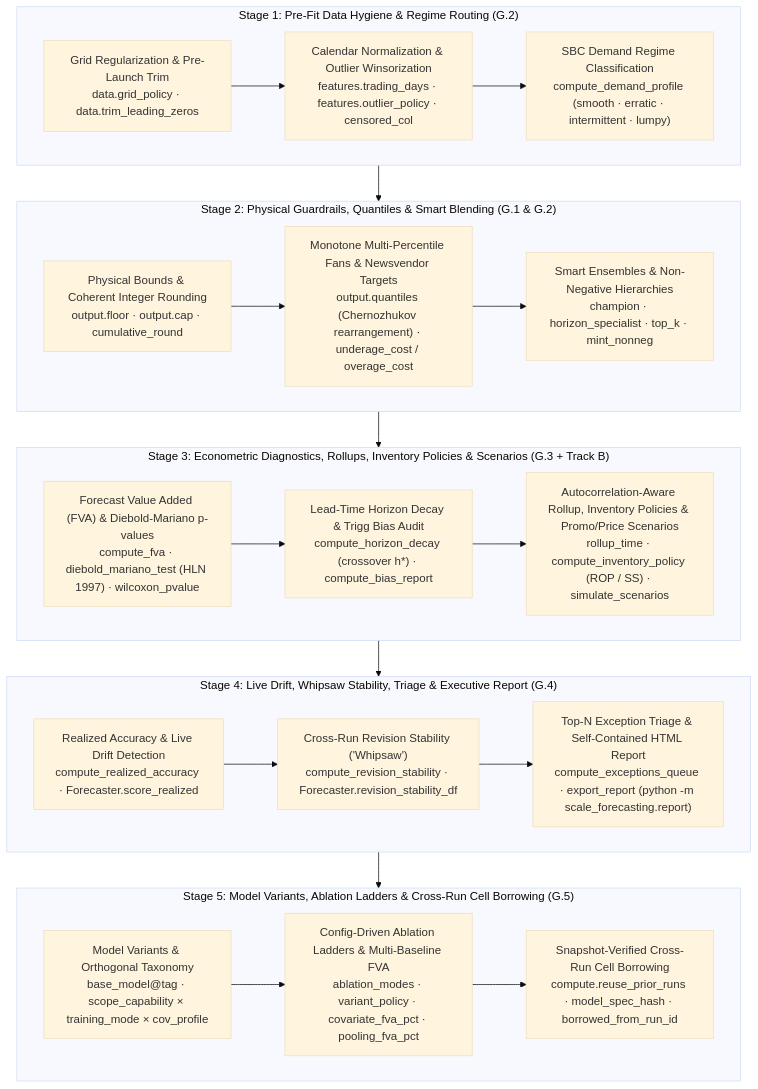
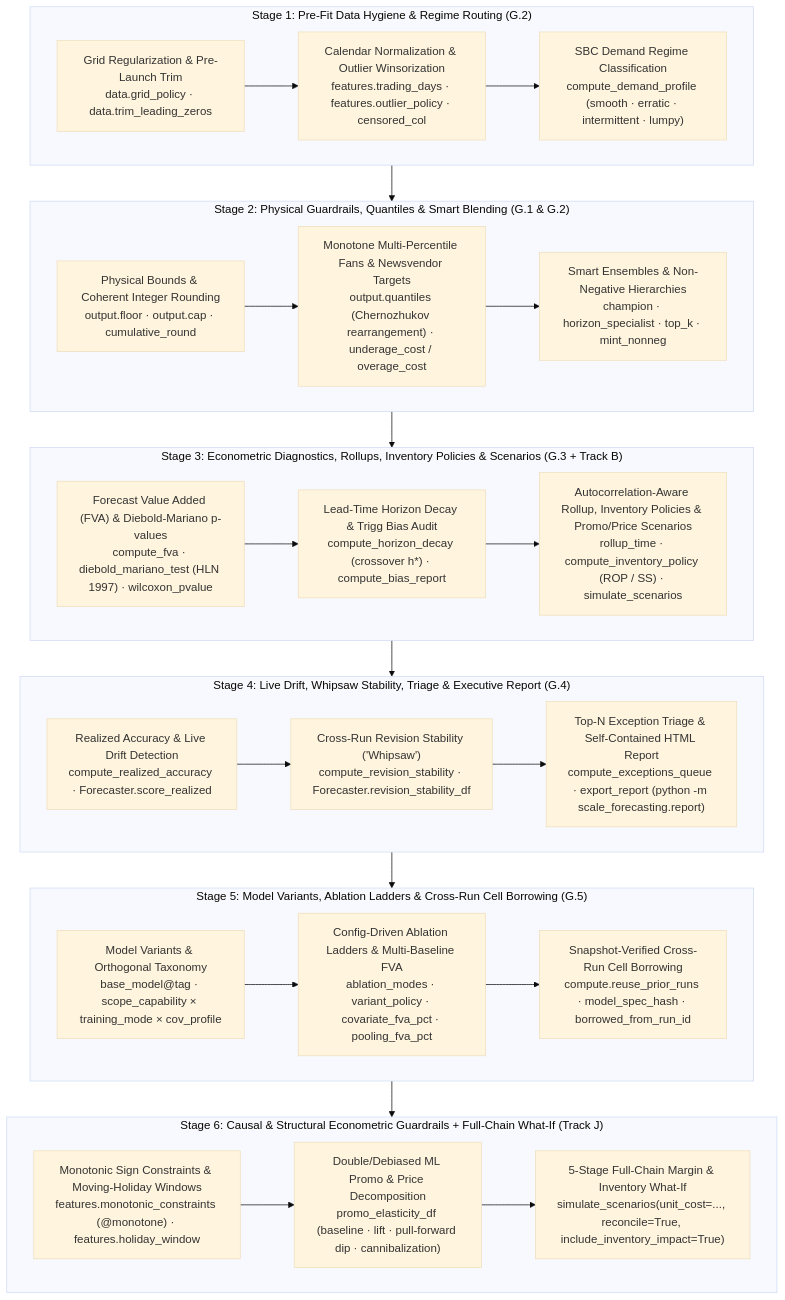
Before and after one commit to statmike/scale-forecasting: the first of 2 diagrams in docs/forecaster_workbench.md, drawn with Mermaid (base theme). The commit also changed other lines of this file and 61 other files, not shown here.

First line of the commit message:
feat(track-j): Causal & Structural Econometric Guardrails + Full-Chain Gross-Margin & Inventory What-If (v1.5.0) (#36)

````diff
--- a/docs/forecaster_workbench.md
+++ b/docs/forecaster_workbench.md
@@ -5,39 +5,46 @@
 ```mermaid
 flowchart TD
     subgraph S1["Stage 1: Pre-Fit Data Hygiene & Regime Routing (G.2)"]
         H1["Grid Regularization & Pre-Launch Trim<br/>data.grid_policy · data.trim_leading_zeros"]
         H2["Calendar Normalization & Outlier Winsorization<br/>features.trading_days · features.outlier_policy · censored_col"]
         H3["SBC Demand Regime Classification<br/>compute_demand_profile (smooth · erratic · intermittent · lumpy)"]
         H1 --> H2 --> H3
     end
 
     subgraph S2["Stage 2: Physical Guardrails, Quantiles & Smart Blending (G.1 & G.2)"]
         B1["Physical Bounds & Coherent Integer Rounding<br/>output.floor · output.cap · cumulative_round"]
         B2["Monotone Multi-Percentile Fans & Newsvendor Targets<br/>output.quantiles (Chernozhukov rearrangement) · underage_cost / overage_cost"]
         B3["Smart Ensembles & Non-Negative Hierarchies<br/>champion · horizon_specialist · top_k · mint_nonneg"]
         B1 --> B2 --> B3
     end
 
     subgraph S3["Stage 3: Econometric Diagnostics, Rollups, Inventory Policies & Scenarios (G.3 + Track B)"]
         D1["Forecast Value Added (FVA) & Diebold-Mariano p-values<br/>compute_fva · diebold_mariano_test (HLN 1997) · wilcoxon_pvalue"]
         D2["Lead-Time Horizon Decay & Trigg Bias Audit<br/>compute_horizon_decay (crossover h*) · compute_bias_report"]
         D3["Autocorrelation-Aware Rollup, Inventory Policies & Promo/Price Scenarios<br/>rollup_time · compute_inventory_policy (ROP / SS) · simulate_scenarios"]
         D1 --> D2 --> D3
     end
 
     subgraph S4["Stage 4: Live Drift, Whipsaw Stability, Triage & Executive Report (G.4)"]
         L1["Realized Accuracy & Live Drift Detection<br/>compute_realized_accuracy · Forecaster.score_realized"]
         L2["Cross-Run Revision Stability ('Whipsaw')<br/>compute_revision_stability · Forecaster.revision_stability_df"]
         L3["Top-N Exception Triage & Self-Contained HTML Report<br/>compute_exceptions_queue · export_report (python -m scale_forecasting.report)"]
         L1 --> L2 --> L3
     end
 
     subgraph S5["Stage 5: Model Variants, Ablation Ladders & Cross-Run Cell Borrowing (G.5)"]
         V1["Model Variants & Orthogonal Taxonomy<br/>base_model@tag · scope_capability × training_mode × cov_profile"]
         V2["Config-Driven Ablation Ladders & Multi-Baseline FVA<br/>ablation_modes · variant_policy · covariate_fva_pct · pooling_fva_pct"]
         V3["Snapshot-Verified Cross-Run Cell Borrowing<br/>compute.reuse_prior_runs · model_spec_hash · borrowed_from_run_id"]
         V1 --> V2 --> V3
     end
 
-    S1 --> S2 --> S3 --> S4 --> S5
+    subgraph S6["Stage 6: Causal & Structural Econometric Guardrails + Full-Chain What-If (Track J)"]
+        J1["Monotonic Sign Constraints & Moving-Holiday Windows<br/>features.monotonic_constraints (@monotone) · features.holiday_window"]
+        J2["Double/Debiased ML Promo & Price Decomposition<br/>promo_elasticity_df (baseline · lift · pull-forward dip · cannibalization)"]
+        J3["5-Stage Full-Chain Margin & Inventory What-If<br/>simulate_scenarios(unit_cost=..., reconcile=True, include_inventory_impact=True)"]
+        J1 --> J2 --> J3
+    end
+
+    S1 --> S2 --> S3 --> S4 --> S5 --> S6
 ```
````
